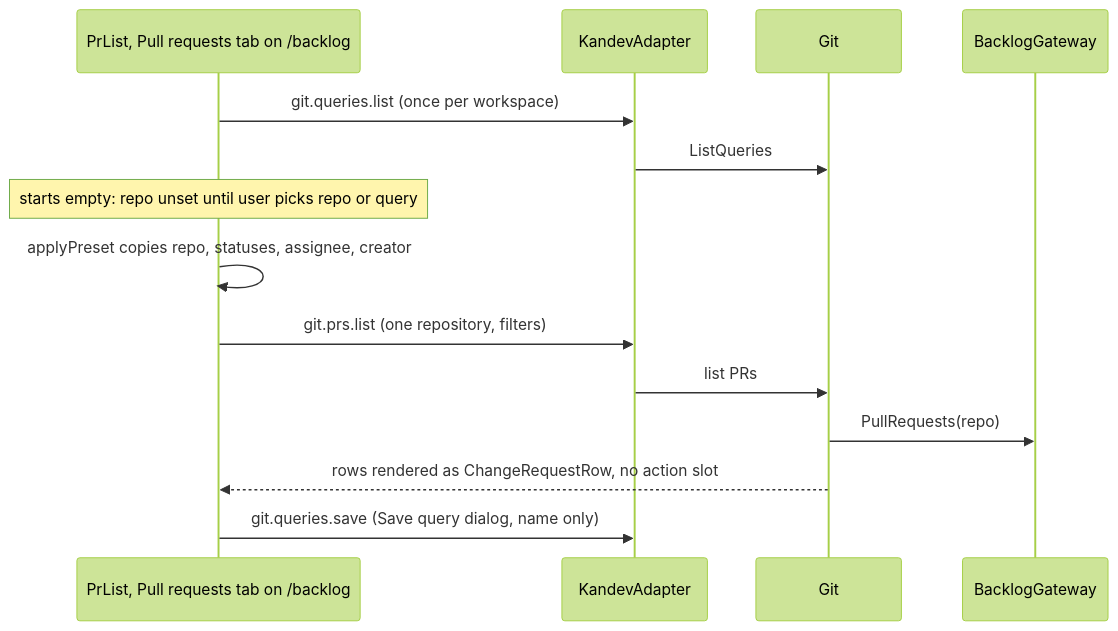
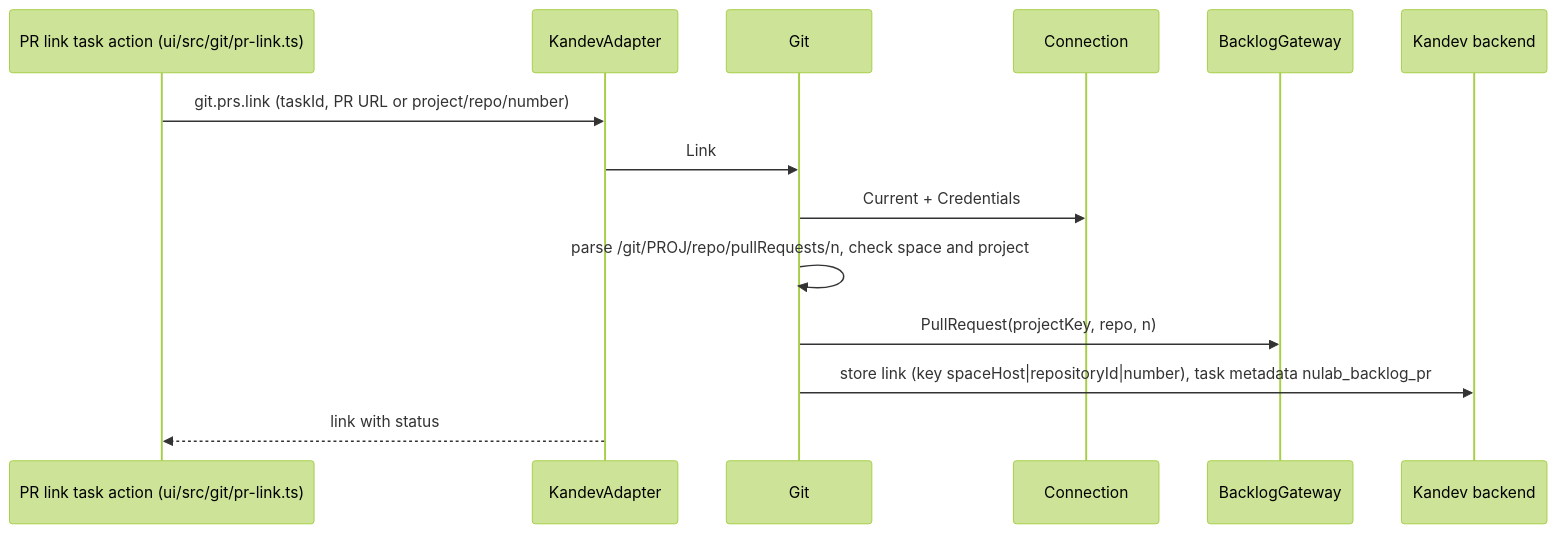
The fourth of 4 diagrams in aidlc/spaces/default/codekb/kandev-plugin-nulab-backlog/architecture.md (khuongdo/kandev-plugin-nulab-backlog), drawn with Mermaid (forest theme) before and after one commit. The commit also changed other lines of this file and 125 other files, not shown here.

First line of the commit message:
GitHub, GitLab and Bitbucket pull requests, version 0.4.0 (#9)

````diff
--- a/aidlc/spaces/default/codekb/kandev-plugin-nulab-backlog/architecture.md
+++ b/aidlc/spaces/default/codekb/kandev-plugin-nulab-backlog/architecture.md
@@ -141,16 +135,16 @@
 ```mermaid
 sequenceDiagram
-  participant L as PrList, Pull requests tab on /backlog
+  participant P as PR link task action (ui/src/git/pr-link.ts)
   participant A as KandevAdapter
   participant Gt as Git
+  participant C as Connection
   participant G as BacklogGateway
-  L->>A: git.queries.list (once per workspace)
-  A->>Gt: ListQueries
-  Note over L: starts empty: repo unset until user picks repo or query
-  L->>L: applyPreset copies repo, statuses, assignee, creator
-  L->>A: git.prs.list (one repository, filters)
-  A->>Gt: list PRs
-  Gt->>G: PullRequests(repo)
-  Gt-->>L: rows rendered as ChangeRequestRow, no action slot
-  L->>A: git.queries.save (Save query dialog, name only)
+  participant K as Kandev backend
+  P->>A: git.prs.link (taskId, PR URL or project/repo/number)
+  A->>Gt: Link
+  Gt->>C: Current + Credentials
+  Gt->>Gt: parse /git/PROJ/repo/pullRequests/n, check space and project
+  Gt->>G: PullRequest(projectKey, repo, n)
+  Gt->>K: store link (key spaceHost|repositoryId|number), task metadata nulab_backlog_pr
+  A-->>P: link with status
 ```
````
